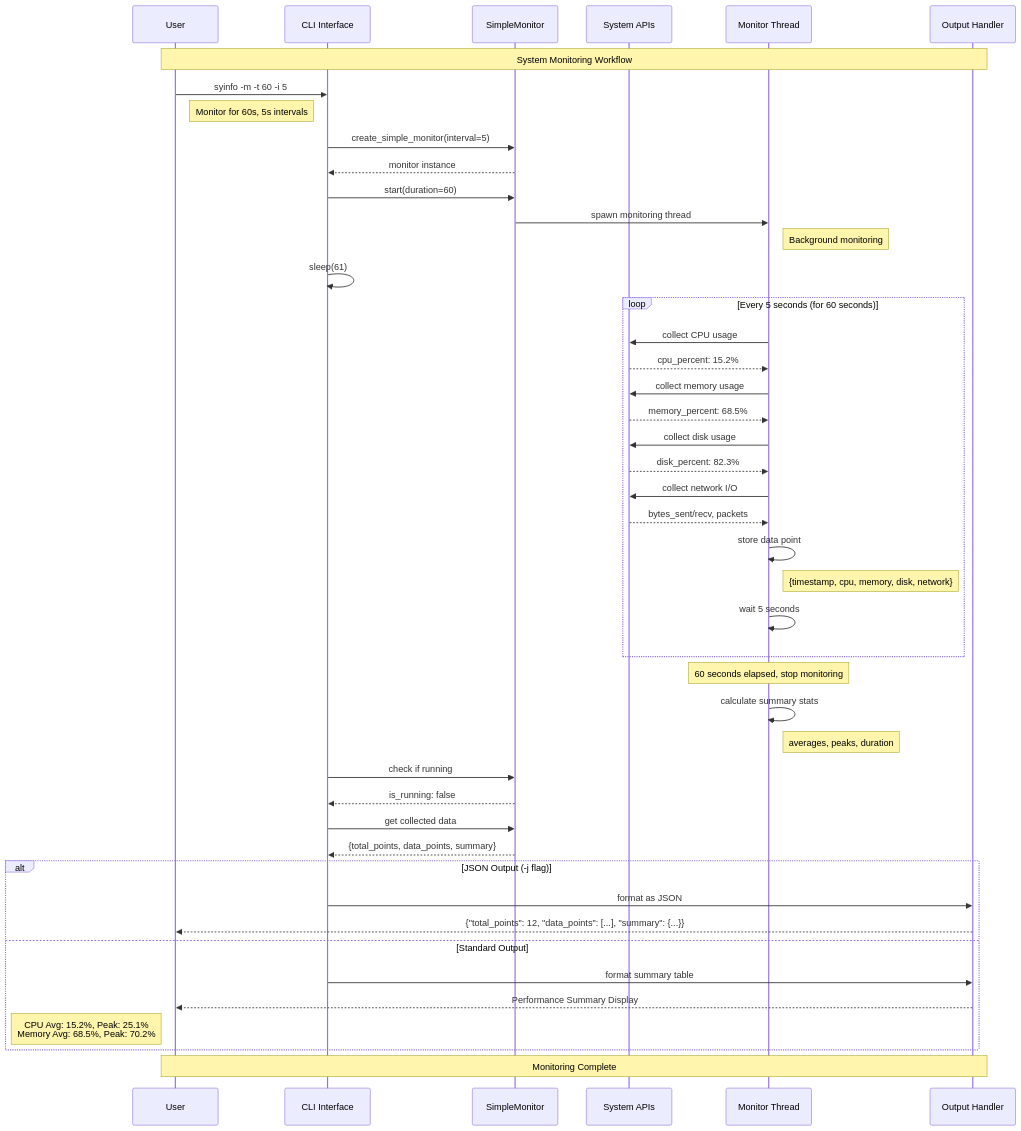
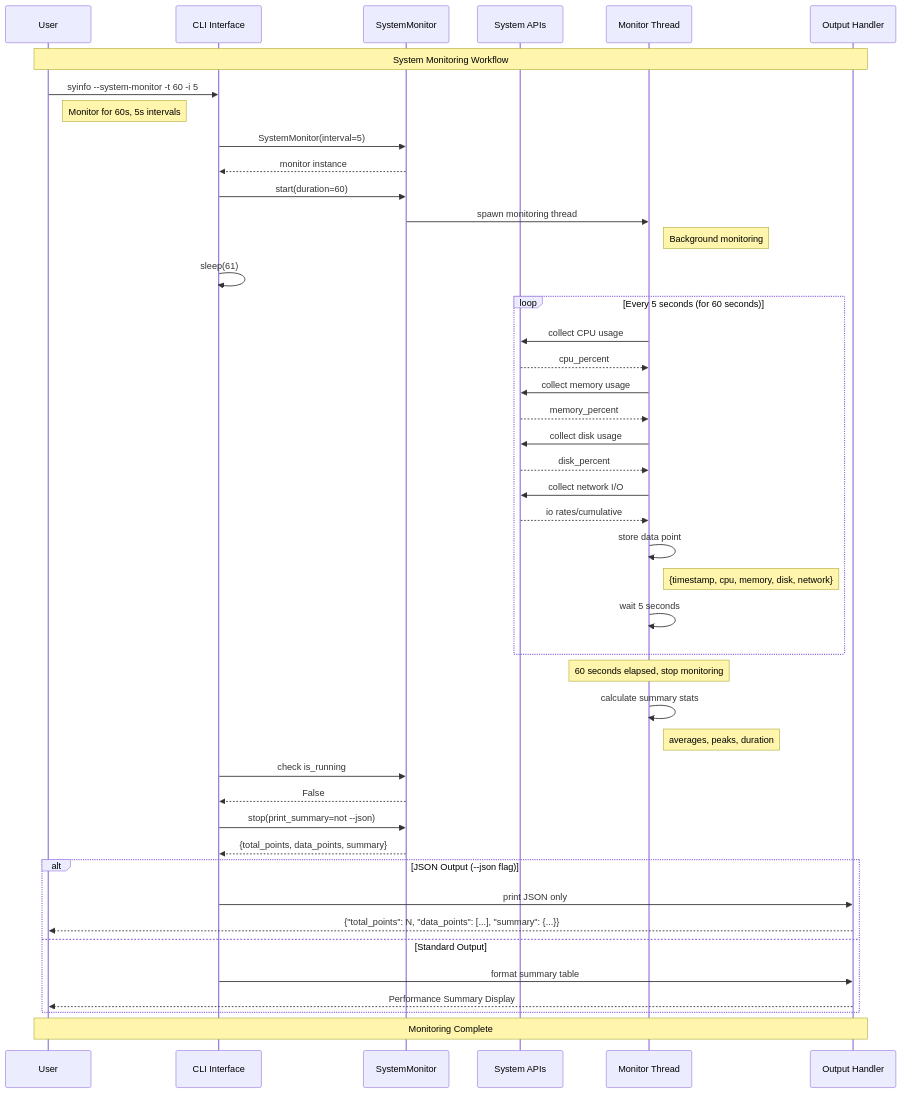
Before and after one commit to MR901/syinfo: the diagram in docs/images/diagrams/monitoring-workflow.mmd, drawn with Mermaid. The commit also changed 75 other files, not shown here.

```diff
--- a/docs/images/diagrams/monitoring-workflow.mmd
+++ b/docs/images/diagrams/monitoring-workflow.mmd
@@ -1,71 +1,62 @@
 sequenceDiagram
-    %% SyInfo Monitoring Workflow
-    
+    %% SyInfo Monitoring Workflow (Updated)
+
     participant User
     participant CLI as CLI Interface
-    participant Monitor as SimpleMonitor
+    participant Monitor as SystemMonitor
     participant System as System APIs
     participant Thread as Monitor Thread
     participant Output as Output Handler
-    
+
     Note over User,Output: System Monitoring Workflow
-    
-    User->>CLI: syinfo -m -t 60 -i 5
+
+    User->>CLI: syinfo --system-monitor -t 60 -i 5
     Note right of User: Monitor for 60s, 5s intervals
-    
-    CLI->>Monitor: create_simple_monitor(interval=5)
+
+    CLI->>Monitor: SystemMonitor(interval=5)
     Monitor-->>CLI: monitor instance
-    
+
     CLI->>Monitor: start(duration=60)
     Monitor->>Thread: spawn monitoring thread
     Note right of Thread: Background monitoring
-    
+
     CLI->>CLI: sleep(61) # Wait for completion
-    
+
     loop Every 5 seconds (for 60 seconds)
         Thread->>System: collect CPU usage
-        System-->>Thread: cpu_percent: 15.2%
-        
-        Thread->>System: collect memory usage  
-        System-->>Thread: memory_percent: 68.5%
-        
+        System-->>Thread: cpu_percent
+
+        Thread->>System: collect memory usage
+        System-->>Thread: memory_percent
+
         Thread->>System: collect disk usage
-        System-->>Thread: disk_percent: 82.3%
-        
+        System-->>Thread: disk_percent
+
         Thread->>System: collect network I/O
-        System-->>Thread: bytes_sent/recv, packets
-        
+        System-->>Thread: io rates/cumulative
+
         Thread->>Thread: store data point
         Note right of Thread: {timestamp, cpu, memory, disk, network}
-        
+
         Thread->>Thread: wait 5 seconds
     end
-    
+
     Note over Thread: 60 seconds elapsed, stop monitoring
     Thread->>Thread: calculate summary stats
     Note right of Thread: averages, peaks, duration
-    
-    CLI->>Monitor: check if running
-    Monitor-->>CLI: is_running: false
-    
-    CLI->>Monitor: get collected data
+
+    CLI->>Monitor: check is_running
+    Monitor-->>CLI: False
+
+    CLI->>Monitor: stop(print_summary=not --json)
     Monitor-->>CLI: {total_points, data_points, summary}
-    
-    alt JSON Output (-j flag)
-        CLI->>Output: format as JSON
-        Output-->>User: {"total_points": 12, "data_points": [...], "summary": {...}}
+
+    alt JSON Output (--json flag)
+        CLI->>Output: print JSON only
+        Output-->>User: {"total_points": N, "data_points": [...], "summary": {...}}
     else Standard Output
         CLI->>Output: format summary table
         Output-->>User: Performance Summary Display
-        Note left of User: CPU Avg: 15.2%, Peak: 25.1%<br/>Memory Avg: 68.5%, Peak: 70.2%
     end
-    
+
     Note over User,Output: Monitoring Complete
-    
-    %% Styling
-    participant User
-    participant CLI as CLI Interface  
-    participant Monitor as SimpleMonitor
-    participant System as System APIs
-    participant Thread as Monitor Thread
-    participant Output as Output Handler
```
